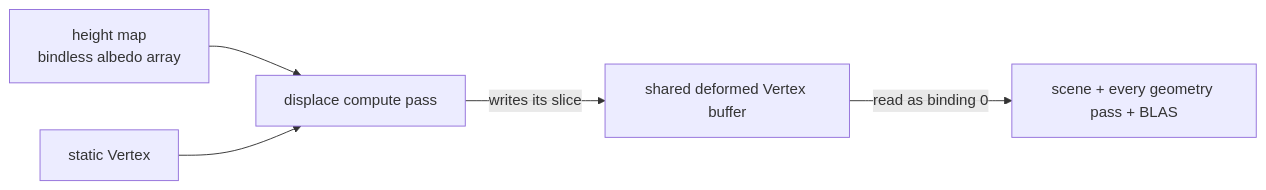
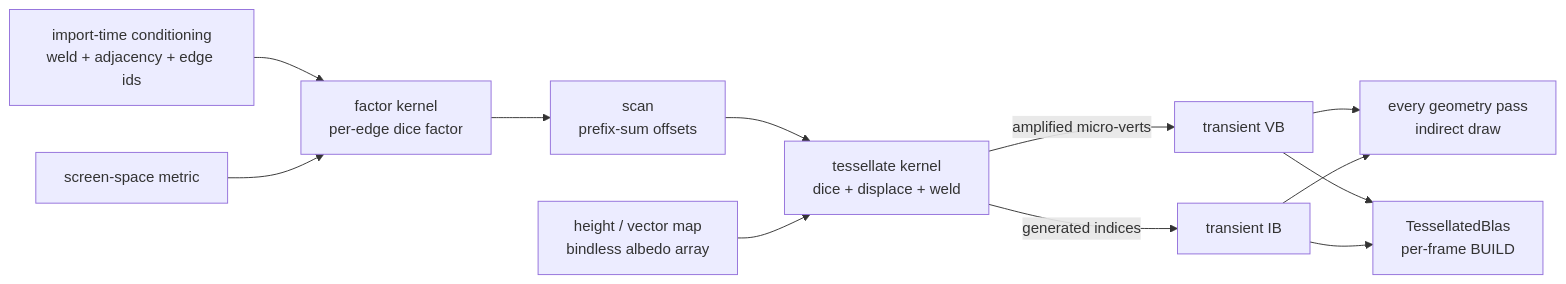
Before and after one commit to saffronjam/SaffronEngine: the diagram in docs/content/explanations/frame-and-render-graph/compute-displacement.md, drawn with Mermaid. The commit also changed other lines of this file and 1 other file, not shown here.

First line of the commit message:
docs: explain compute tessellation displacement

````diff
--- a/docs/content/explanations/frame-and-render-graph/compute-displacement.md
+++ b/docs/content/explanations/frame-and-render-graph/compute-displacement.md
@@ -25,7 +29,14 @@
 ```mermaid
 flowchart LR
-  height[height map<br/>bindless albedo array] --> disp
-  static[static Vertex] --> disp[displace compute pass]
-  disp -->|writes its slice| deformed[shared deformed Vertex buffer]
-  deformed -->|read as binding 0| scene[scene + every geometry pass + BLAS]
+  cond[import-time conditioning<br/>weld + adjacency + edge ids] --> factor
+  cam[screen-space metric] --> factor[factor kernel<br/>per-edge dice factor]
+  factor --> scan[scan<br/>prefix-sum offsets]
+  scan --> emit[tessellate kernel<br/>dice + displace + weld]
+  height[height / vector map<br/>bindless albedo array] --> emit
+  emit -->|amplified micro-verts| vb[transient VB]
+  emit -->|generated indices| ib[transient IB]
+  vb --> raster[every geometry pass<br/>indirect draw]
+  vb --> blas[TessellatedBlas<br/>per-frame BUILD]
+  ib --> raster
+  ib --> blas
 ```
````
